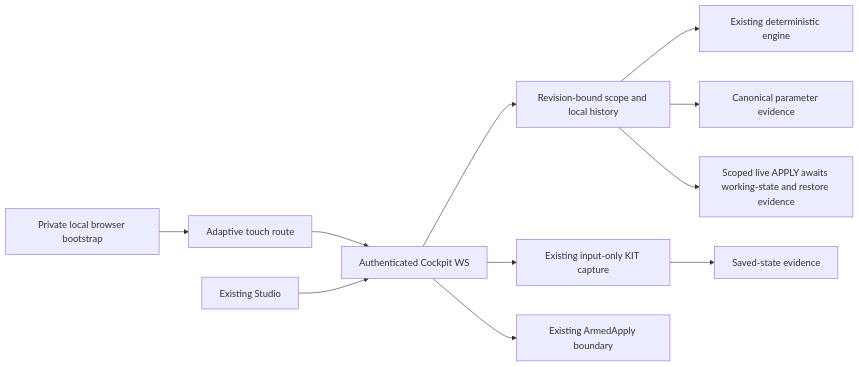
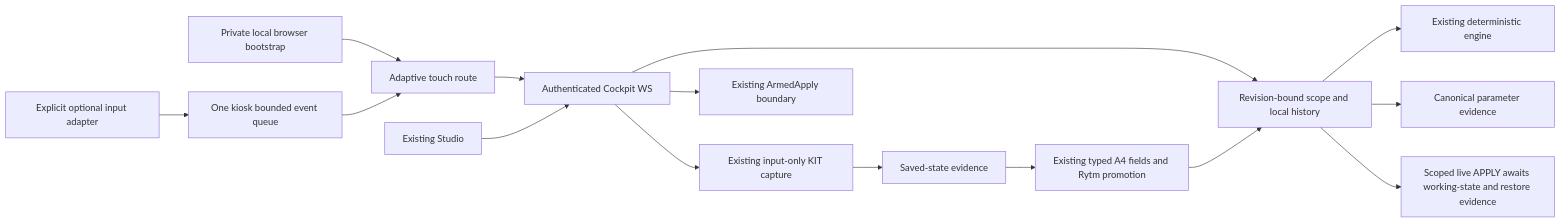
One commit to buzzijose-hub/RytmRandomizer changed the first of 38 diagrams in docs/ARCHITECTURE_DIAGRAMS.md. Above: the diagram before and after it, drawn with Mermaid. The commit also changed 10 other files, not shown here.

````diff
--- a/docs/ARCHITECTURE_DIAGRAMS.md
+++ b/docs/ARCHITECTURE_DIAGRAMS.md
@@ -5,13 +5,17 @@
 ```mermaid
 flowchart LR
   Touch[Adaptive touch route] --> WS[Authenticated Cockpit WS]
   Studio[Existing Studio] --> WS
   Kiosk[Private local browser bootstrap] --> Touch
   WS --> Scope[Revision-bound scope and local history]
   Scope --> Engine[Existing deterministic engine]
   Scope --> Catalog[Canonical parameter evidence]
   WS --> Capture[Existing input-only KIT capture]
   Capture --> Saved[Saved-state evidence]
+  Saved --> Native[Existing typed A4 fields and Rytm promotion]
+  Native --> Scope
+  Pins[Explicit optional input adapter] --> Queue[One kiosk bounded event queue]
+  Queue --> Touch
   WS --> Armed[Existing ArmedApply boundary]
   Scope --> Block[Scoped live APPLY awaits working-state and restore evidence]
 ```
````
